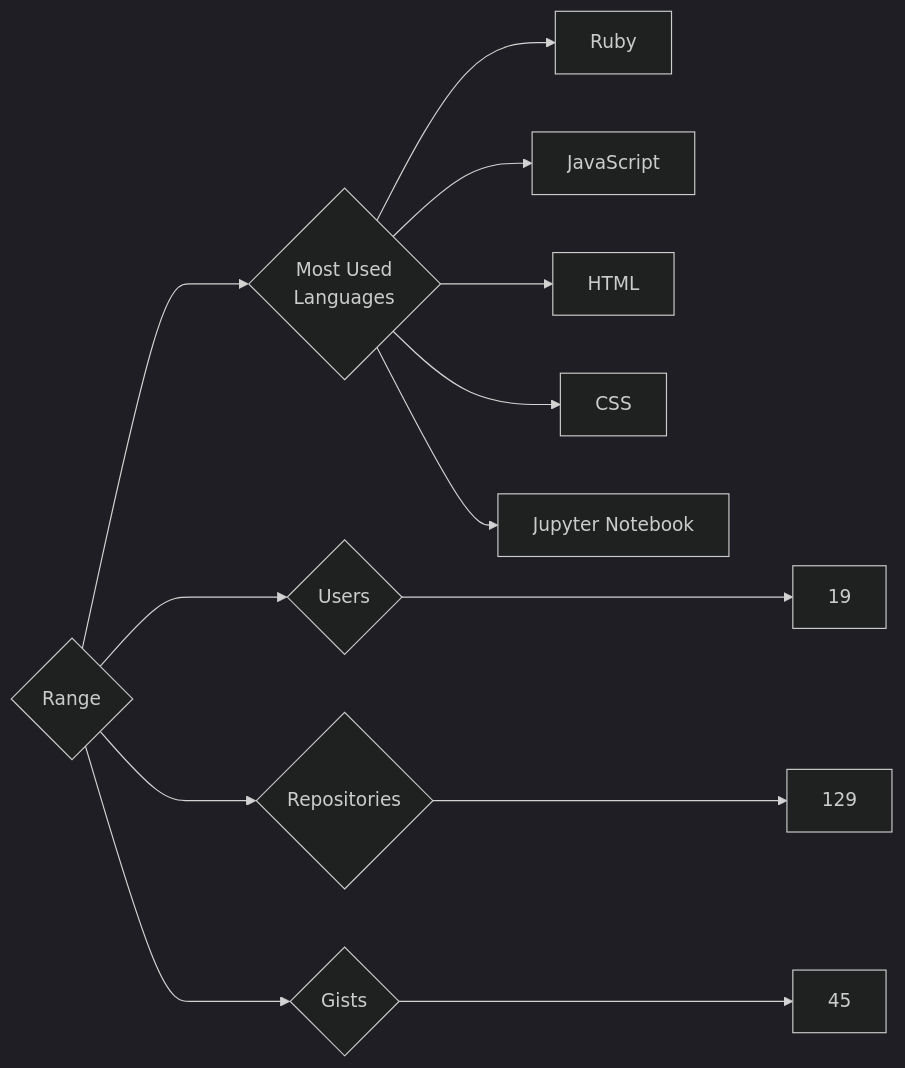
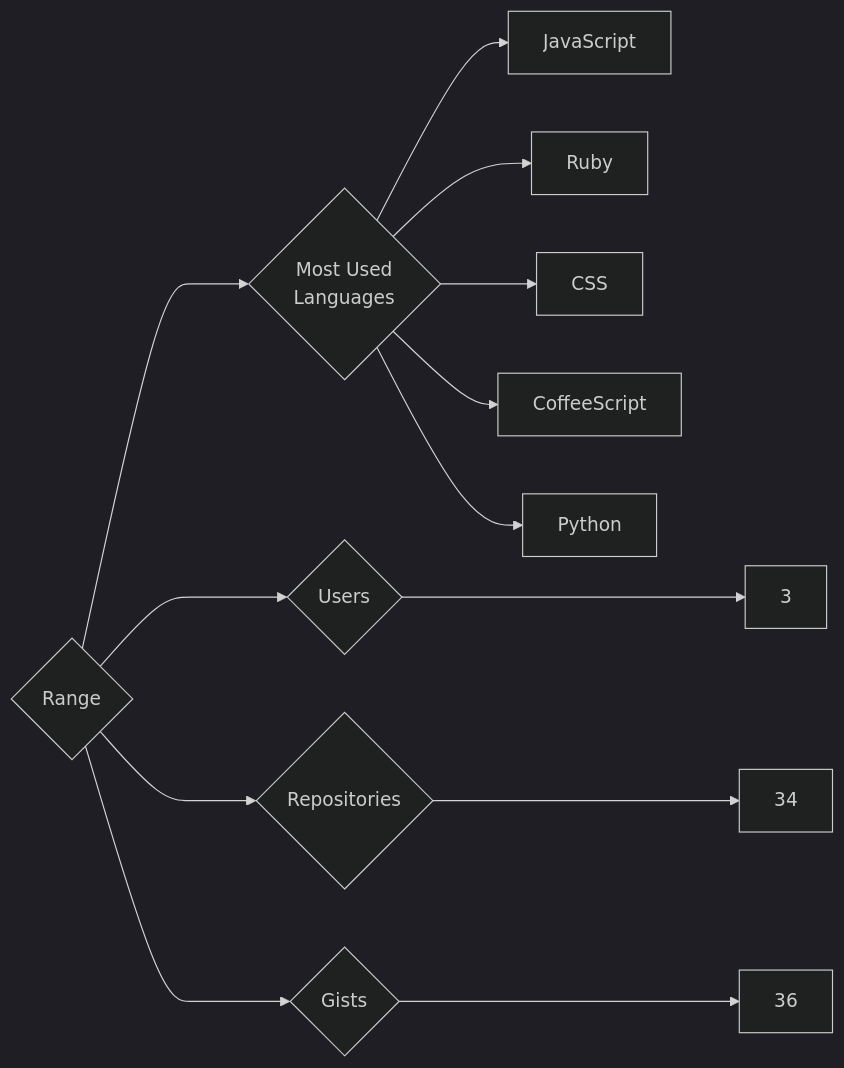
One commit to trickest/insiders changed the diagram in targets/Range/README.md. Above: the diagram before and after it, drawn with Mermaid (dark theme). The commit also changed 898 other files, not shown here.

````diff
--- a/targets/Range/README.md
+++ b/targets/Range/README.md
@@ -3,13 +3,13 @@
 ```mermaid
 graph LR
 COMPANY_NAME{Range}
-COMPANY_NAME ---> U{Users} ---> UN[19]
-COMPANY_NAME ---> R{Repositories} ---> RN[129]
-COMPANY_NAME ---> G{Gists} ---> GN[45]
+COMPANY_NAME ---> U{Users} ---> UN[3]
+COMPANY_NAME ---> R{Repositories} ---> RN[34]
+COMPANY_NAME ---> G{Gists} ---> GN[36]
 COMPANY_NAME ---> ML{Most Used<br>Languages}
+ML --> JavaScript[JavaScript]
 ML --> Ruby[Ruby]
-ML --> JavaScript[JavaScript]
-ML --> HTML[HTML]
 ML --> CSS[CSS]
-ML --> Jupyter_Notebook[Jupyter Notebook]
+ML --> CoffeeScript[CoffeeScript]
+ML --> Python[Python]
 ```
````
